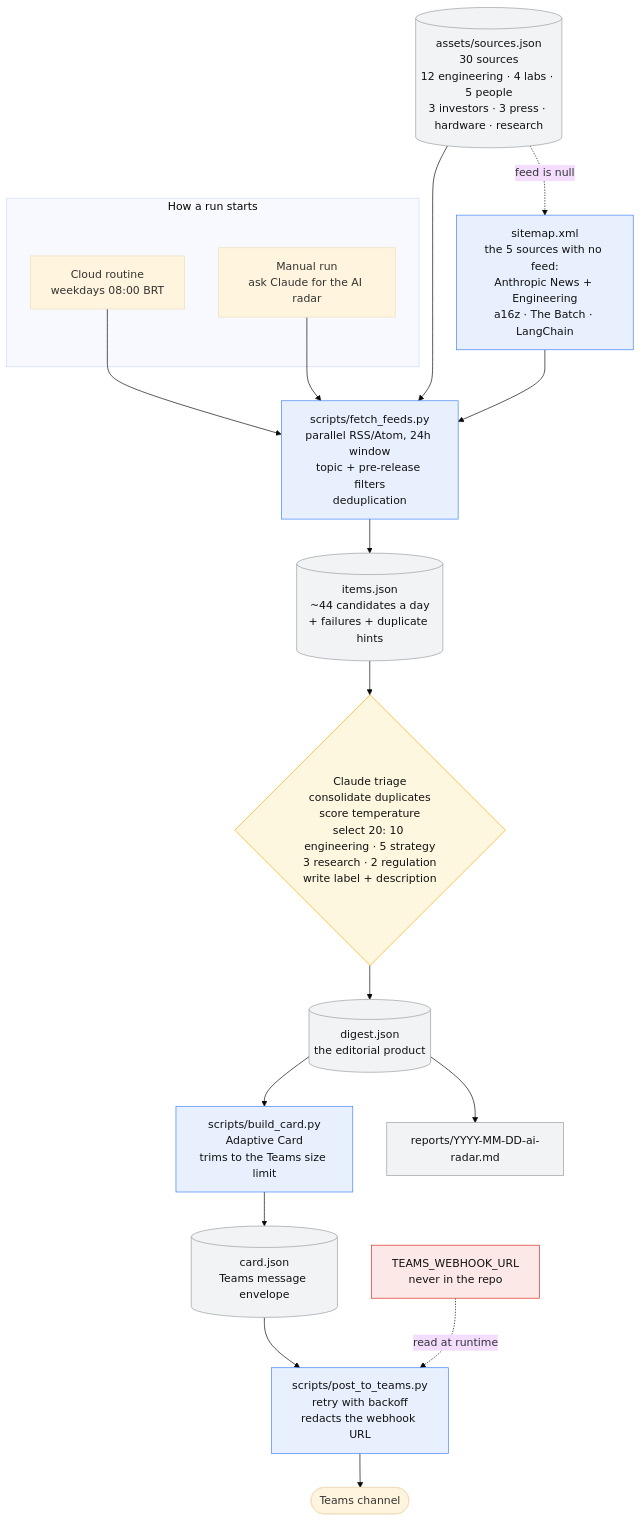
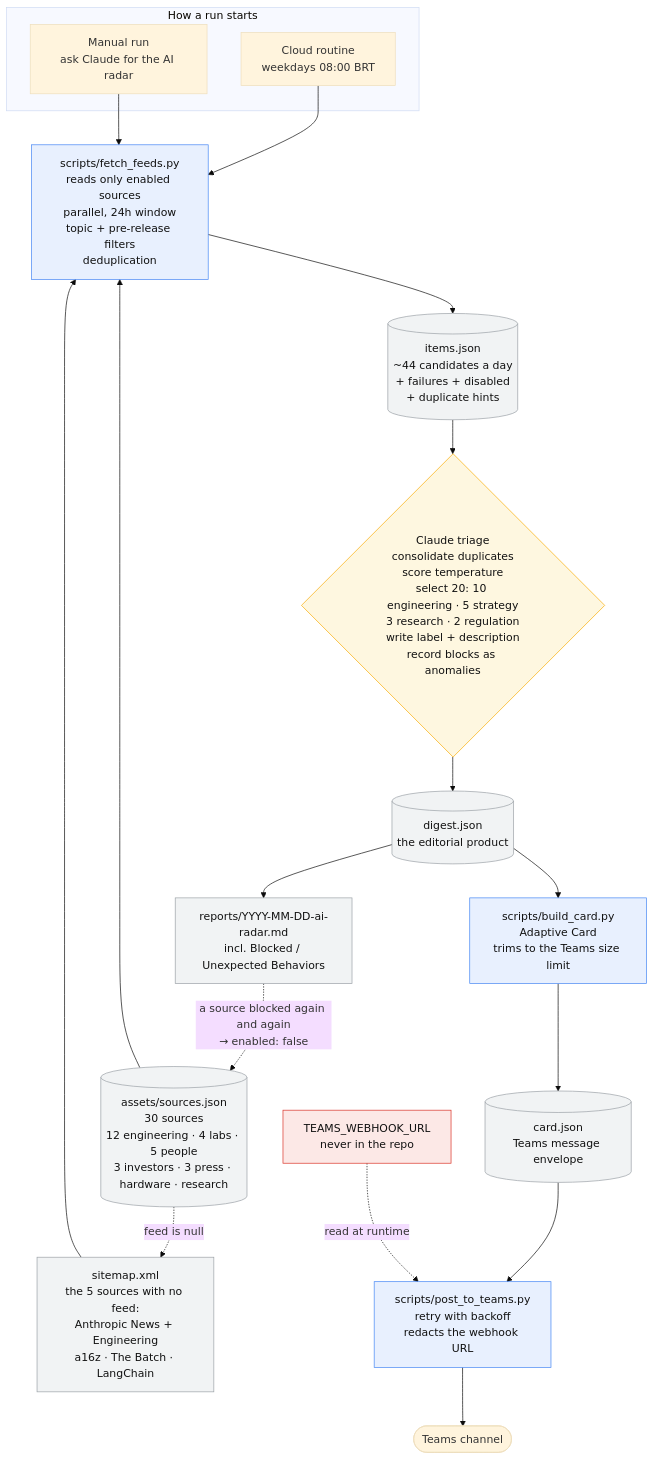
The diagram in README.md (werner-denzin/claude-labs), drawn with Mermaid (base theme) before and after one commit. The commit also changed other lines of this file and 1 other file, not shown here.

````diff
--- a/README.md
+++ b/README.md
@@ -109,48 +115,48 @@
 ```mermaid
 flowchart TD
     subgraph triggers["How a run starts"]
         ROUTINE["Cloud routine<br>weekdays 08:00 BRT"]
         MANUAL["Manual run<br>ask Claude for the AI radar"]
     end
 
     CATALOG[("assets/sources.json<br>30 sources<br>12 engineering · 4 labs · 5 people<br>3 investors · 3 press · hardware · research")]
-    FETCH["scripts/fetch_feeds.py<br>parallel RSS/Atom, 24h window<br>topic + pre-release filters<br>deduplication"]
-    ITEMS[("items.json<br>~44 candidates a day<br>+ failures + duplicate hints")]
+    FETCH["scripts/fetch_feeds.py<br>reads only enabled sources<br>parallel, 24h window<br>topic + pre-release filters<br>deduplication"]
+    ITEMS[("items.json<br>~44 candidates a day<br>+ failures + disabled<br>+ duplicate hints")]
     SITEMAP["sitemap.xml<br>the 5 sources with no feed:<br>Anthropic News + Engineering<br>a16z · The Batch · LangChain"]
 
-    TRIAGE{"Claude triage<br>consolidate duplicates<br>score temperature<br>select 20: 10 engineering · 5 strategy<br>3 research · 2 regulation<br>write label + description"}
+    TRIAGE{"Claude triage<br>consolidate duplicates<br>score temperature<br>select 20: 10 engineering · 5 strategy<br>3 research · 2 regulation<br>write label + description<br>record blocks as anomalies"}
     DIGEST[("digest.json<br>the editorial product")]
 
     BUILD["scripts/build_card.py<br>Adaptive Card<br>trims to the Teams size limit"]
     CARD[("card.json<br>Teams message envelope")]
     POST["scripts/post_to_teams.py<br>retry with backoff<br>redacts the webhook URL"]
 
     TEAMS(["Teams channel"])
-    ARCHIVE["reports/YYYY-MM-DD-ai-radar.md"]
+    ARCHIVE["reports/YYYY-MM-DD-ai-radar.md<br>incl. Blocked / Unexpected Behaviors"]
     SECRET["TEAMS_WEBHOOK_URL<br>never in the repo"]
 
     ROUTINE --> FETCH
     MANUAL --> FETCH
     CATALOG --> FETCH
     FETCH --> ITEMS
     CATALOG -. "feed is null" .-> SITEMAP
     SITEMAP --> FETCH
     ITEMS --> TRIAGE
     TRIAGE --> DIGEST
     DIGEST --> BUILD
     BUILD --> CARD
     CARD --> POST
     POST --> TEAMS
     DIGEST --> ARCHIVE
+    ARCHIVE -. "a source blocked again and again<br>→ enabled: false" .-> CATALOG
     SECRET -. read at runtime .-> POST
 
     classDef script fill:#e8f0fe,stroke:#4285f4,color:#111
     classDef data fill:#f1f3f4,stroke:#9aa0a6,color:#111
     classDef judgment fill:#fef7e0,stroke:#f9ab00,color:#111
     classDef secret fill:#fce8e6,stroke:#d93025,color:#111
     class FETCH,BUILD,POST script
-    class CATALOG,ITEMS,DIGEST,CARD,ARCHIVE data
-    class SITEMAP script
+    class CATALOG,ITEMS,DIGEST,CARD,ARCHIVE,SITEMAP data
     class TRIAGE judgment
     class SECRET secret
 ```
````
